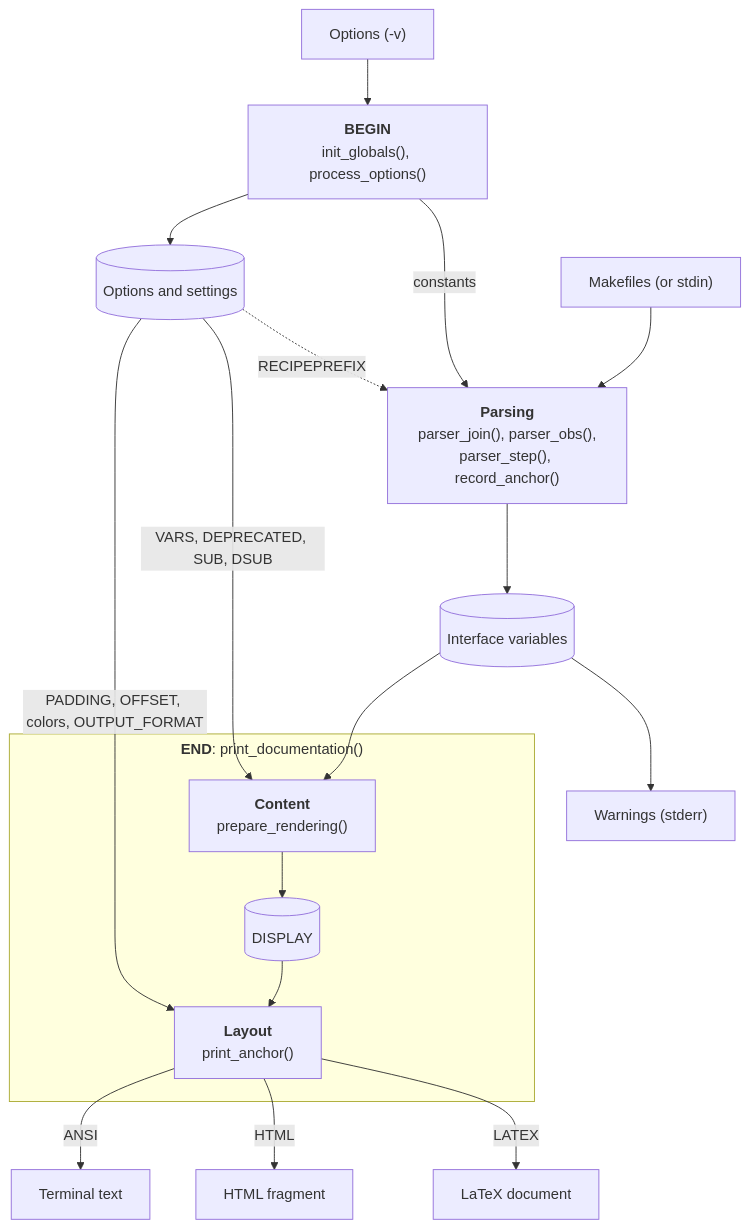
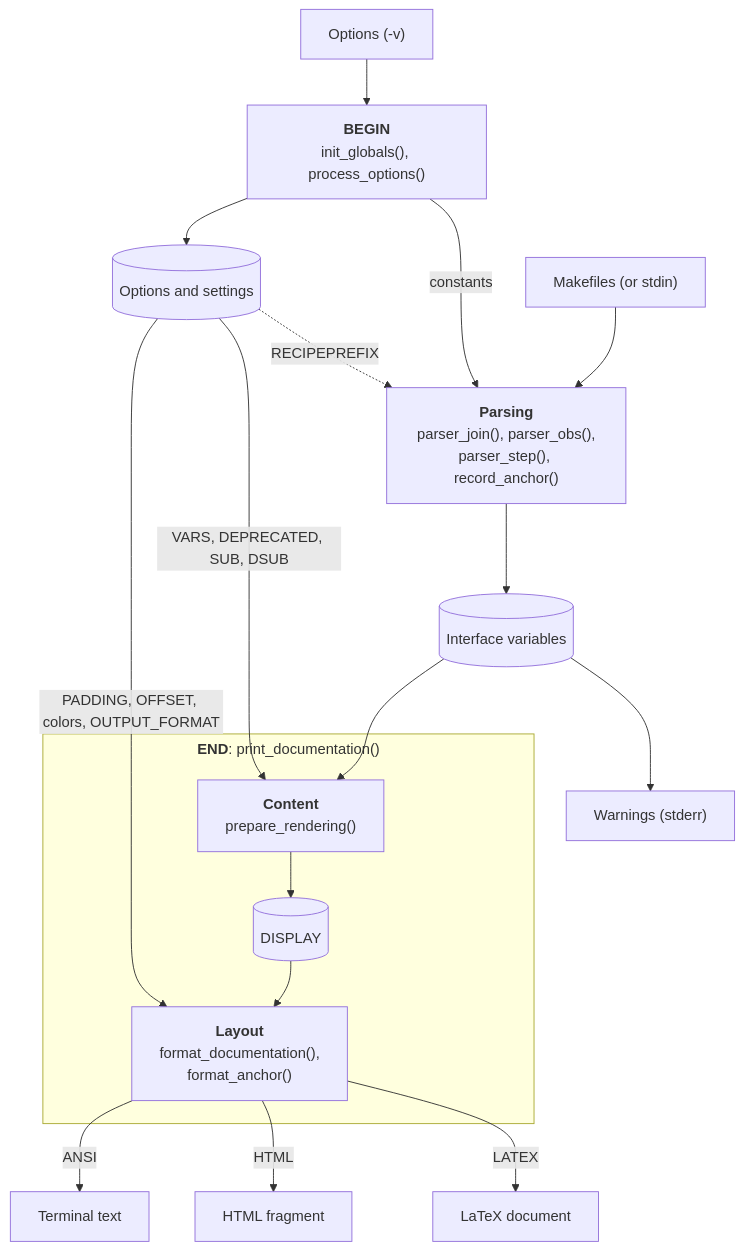
Before and after one commit to drdv/makefile-doc: the diagram in test/README.md, drawn with Mermaid. The commit also changed 2 other files, not shown here.

Commit message:
Return the documentation as a string
Rendering appended its text to the global OUTPUT_BODY. Now
format_anchor (was print_anchor) returns the text of one anchor,
and format_documentation returns the whole document. The new
print_documentation only prints: the warnings on stderr, then the
document. OUTPUT_BODY and append_output are removed.

A unit test checks format_documentation without capturing stdout.

````diff
--- a/test/README.md
+++ b/test/README.md
@@ -295,32 +295,32 @@
 ```mermaid
 ---
 config:
   layout: dagre
   flowchart:
     curve: basis
     subGraphTitleMargin:
       top: 5
       bottom: 20
 ---
 flowchart TD
     options["Options (-v)"] --> begin["<b>BEGIN</b><br/>init_globals(), process_options()"]
     makefiles["Makefiles (or stdin)"] --> parsing["<b>Parsing</b><br/>parser_join(), parser_obs(),<br/>parser_step(), record_anchor()"]
     begin -- "constants" --> parsing
     begin --> settings[("Options and settings")]
 
     settings -. "RECIPEPREFIX" .-> parsing
     parsing --> interface[("Interface variables")]
 
     subgraph end_ ["<b>END</b>: print_documentation()"]
         content["<b>Content</b><br/>prepare_rendering()"] --> display[("DISPLAY")]
-        display --> layout["<b>Layout</b><br/>print_anchor()"]
+        display --> layout["<b>Layout</b><br/>format_documentation(),<br/>format_anchor()"]
     end
 
     interface --> content
     settings -- "VARS, DEPRECATED, SUB, DSUB" --> content
     settings -- "PADDING, OFFSET, colors, OUTPUT_FORMAT" --> layout
     layout -- "ANSI" --> ansi["Terminal text"]
     layout -- "HTML" --> html["HTML fragment"]
     layout -- "LATEX" --> latex["LaTeX document"]
     interface --> stderr["Warnings (stderr)"]
 ```
````
